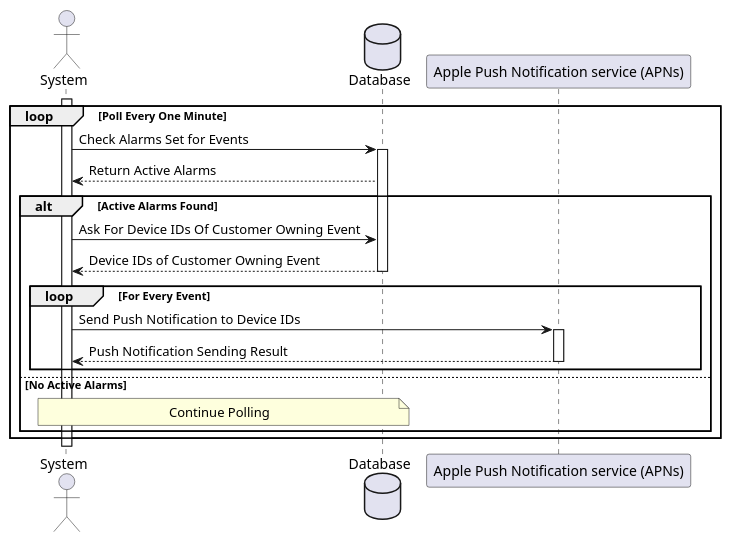
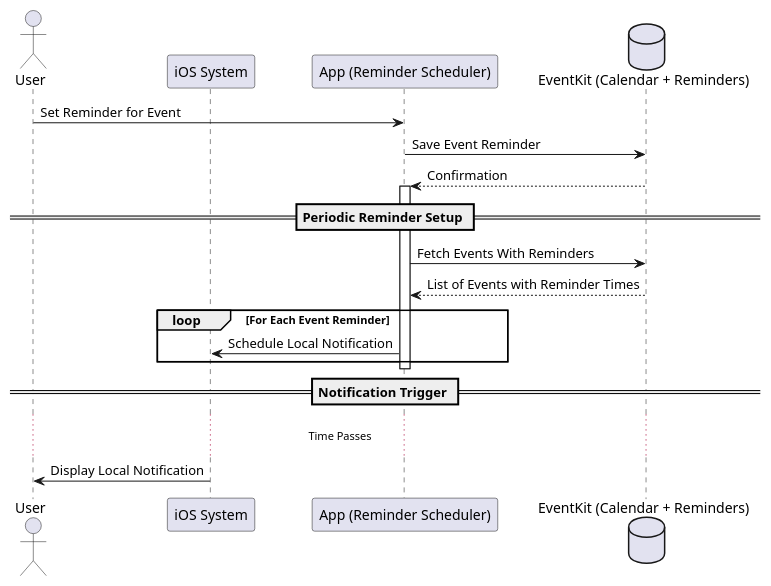
Diagram 14 of 14 in docs/diagrams/sequence-diagrams/all-sequence-diagrams.puml (jadwalapp/symmetrical-spoon), drawn with PlantUML before and after one commit. The commit also changed other lines of this file and 21 other files, not shown here.

```diff
--- a/docs/diagrams/sequence-diagrams/all-sequence-diagrams.puml
+++ b/docs/diagrams/sequence-diagrams/all-sequence-diagrams.puml
@@ -514,24 +505,29 @@
 @startuml Receive Event Notifications
-actor System
-database Database
-participant "Apple Push Notification service (APNs)" as APN
 
-activate System
+actor "User" as User
+participant "iOS System" as iOS
+participant "App (Reminder Scheduler)" as App
+database "EventKit (Calendar + Reminders)" as EventKit
 
-loop Poll Every One Minute
-    System -> Database ++ : Check Alarms Set for Events
-    Database --> System : Return Active Alarms
-    alt Active Alarms Found
-        System -> Database : Ask For Device IDs Of Customer Owning Event
-        Database --> System -- : Device IDs of Customer Owning Event
-        
-        loop For Every Event
-            System -> APN ++  : Send Push Notification to Device IDs
-            APN --> System -- : Push Notification Sending Result
-        end
-    else No Active Alarms
-        note over System,Database : Continue Polling
-    end
+User -> App : Set Reminder for Event
+App -> EventKit : Save Event Reminder
+EventKit --> App : Confirmation
+
+== Periodic Reminder Setup ==
+
+activate App
+App -> EventKit : Fetch Events With Reminders
+EventKit --> App : List of Events with Reminder Times
+
+loop For Each Event Reminder
+    App -> iOS : Schedule Local Notification
 end
+deactivate App
+
+== Notification Trigger ==
+
+... Time Passes ...
+
+iOS -> User : Display Local Notification
 
 @enduml
```
